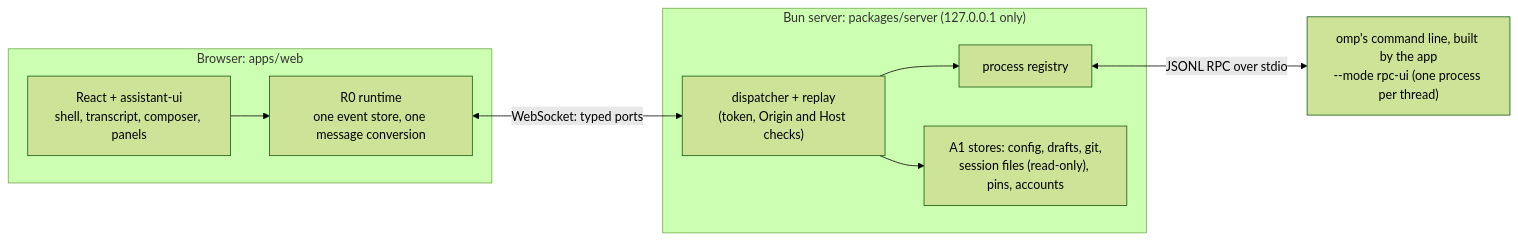
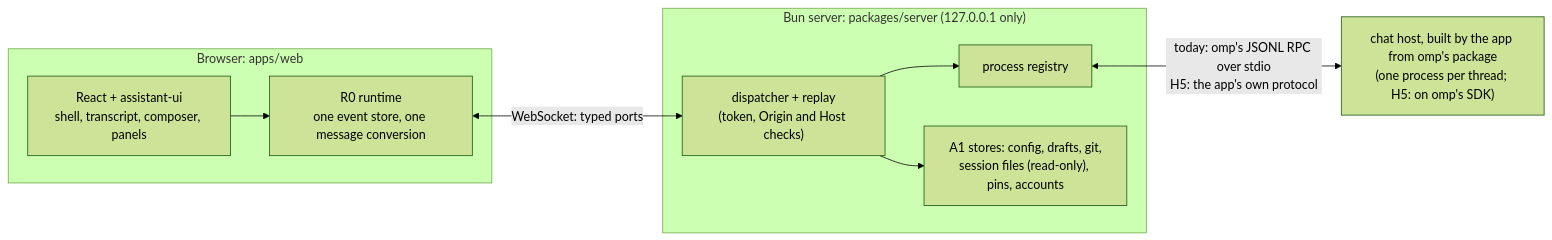
The diagram in README.md (BarryTheShen/omp-app), drawn with Mermaid (forest theme) before and after one commit. The commit also changed other lines of this file, not shown here.

First line of the commit message:
SDK only: archive the RPC-era plans and notes, and rewrite the docs that presented omp's RPC as the app's path (#2694) (#2696)

````diff
--- a/README.md
+++ b/README.md
@@ -80,17 +80,17 @@
 ```mermaid
 flowchart LR
   subgraph Browser["Browser: apps/web"]
     UI["React + assistant-ui<br/>shell, transcript, composer, panels"]
     R0["R0 runtime<br/>one event store, one message conversion"]
     UI --> R0
   end
   subgraph Server["Bun server: packages/server (127.0.0.1 only)"]
     D["dispatcher + replay<br/>(token, Origin and Host checks)"]
     P["process registry"]
     S["A1 stores: config, drafts, git,<br/>session files (read-only), pins, accounts"]
     D --> P
     D --> S
   end
   R0 <-->|"WebSocket: typed ports"| D
-  P <-->|"JSONL RPC over stdio"| O["omp's command line, built by the app<br/>--mode rpc-ui (one process per thread)"]
+  P <-->|"today: omp's JSONL RPC over stdio<br/>H5: the app's own protocol"| O["chat host, built by the app from omp's package<br/>(one process per thread; H5: on omp's SDK)"]
 ```
````
